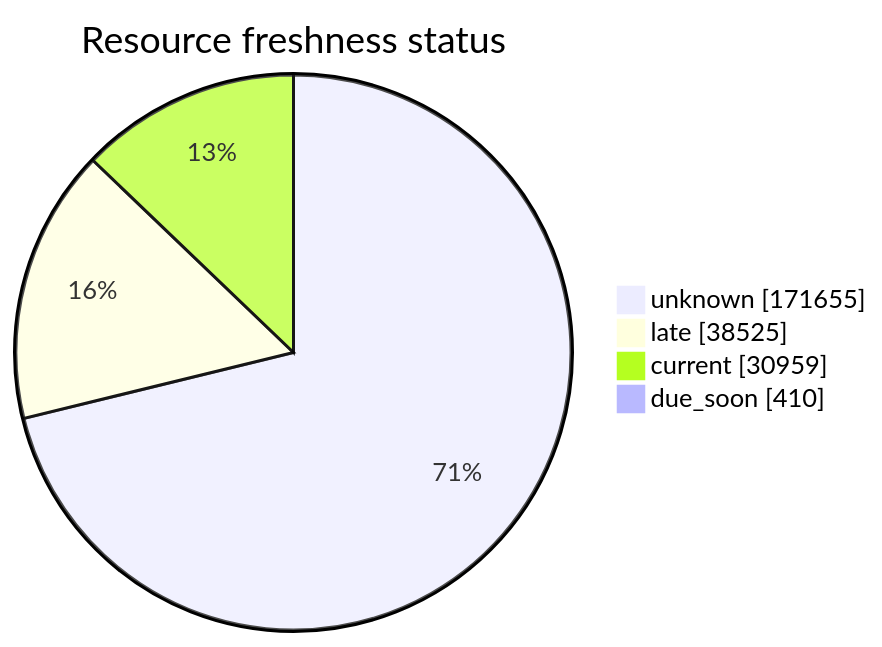
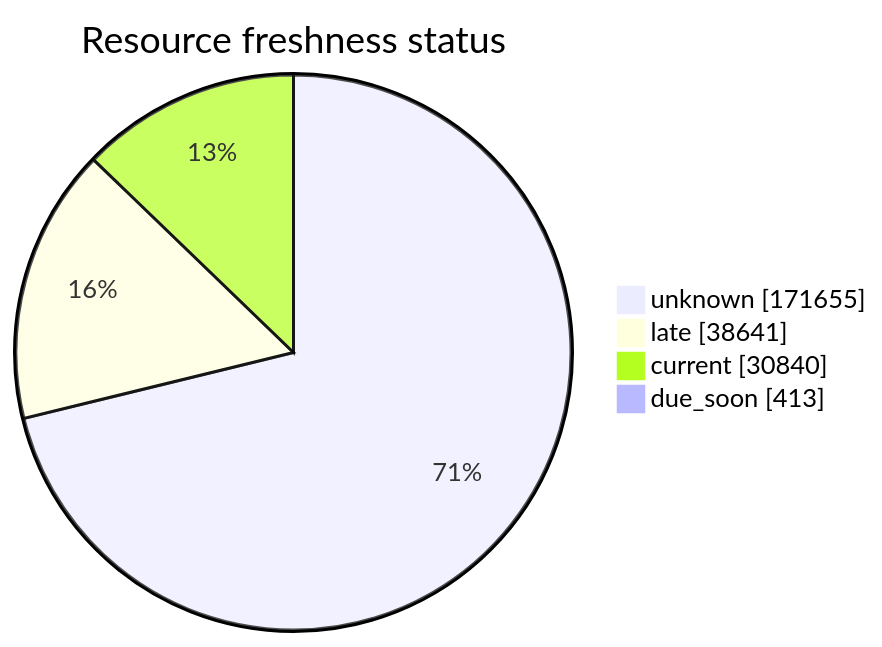
One commit to open-data/analytics-corporate-reporting changed the third of 5 diagrams in FreshCheck/README.md. Above: the diagram before and after it, drawn with Mermaid. The commit also changed other lines of this file and 3 other files, not shown here.

````diff
--- a/FreshCheck/README.md
+++ b/FreshCheck/README.md
@@ -77,7 +77,7 @@
 ```mermaid
 pie showData title Resource freshness status
     "unknown": 171655
-    "late": 38525
-    "current": 30959
-    "due_soon": 410
+    "late": 38641
+    "current": 30840
+    "due_soon": 413
 ```
````
